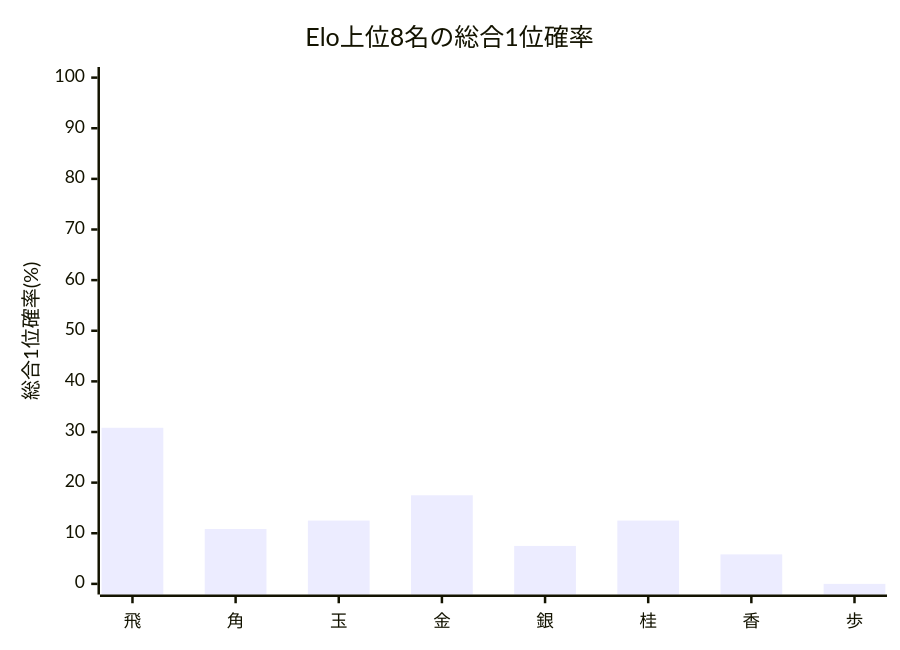
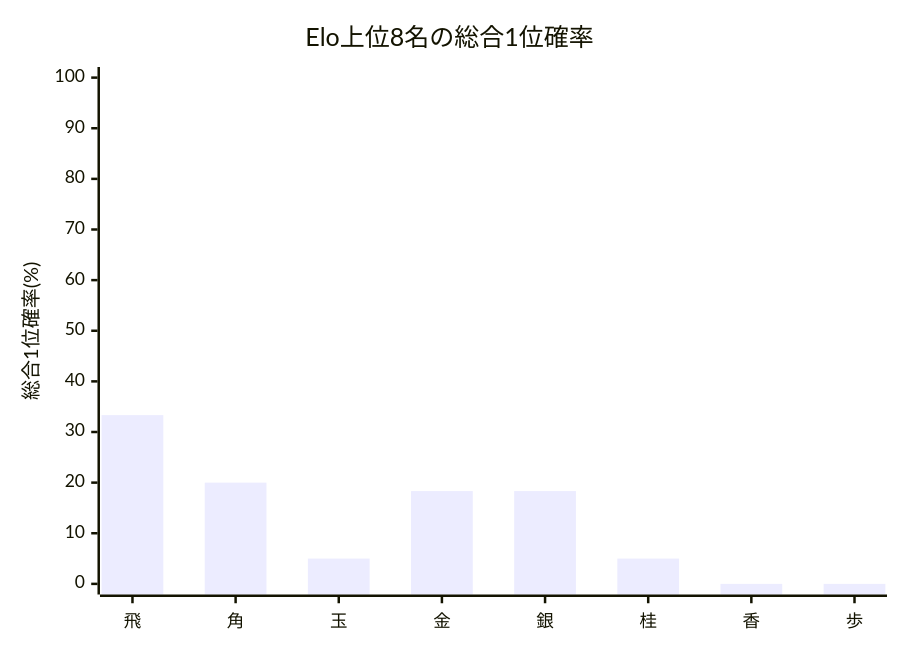
The second of 2 diagrams in Output/TournamentQualityEvaluator/TournamentQualityReport/Summary/[先手8x後手8]_[Neutral_Single10_STSAInput3_smoke]_quality_summary.md (muzudho/ShogiTournamentSystemAnalyzer), drawn with Mermaid before and after one commit. The commit also changed other lines of this file and 6 other files, not shown here.

````diff
--- a/Output/TournamentQualityEvaluator/TournamentQualityReport/Summary/[先手8x後手8]_[Neutral_Single10_STSAInput3_smoke]_quality_summary.md
+++ b/Output/TournamentQualityEvaluator/TournamentQualityReport/Summary/[先手8x後手8]_[Neutral_Single10_STSAInput3_smoke]_quality_summary.md
@@ -51,7 +51,7 @@
 ```mermaid
 xychart-beta
     title "Elo上位8名の総合1位確率"
     x-axis ["飛", "角", "玉", "金", "銀", "桂", "香", "歩"]
     y-axis "総合1位確率(%)" 0 --> 100
-    bar [30.83, 10.83, 12.50, 17.50, 7.50, 12.50, 5.83, 0.00]
+    bar [33.33, 20.00, 5.00, 18.33, 18.33, 5.00, 0.00, 0.00]
 ```
````
